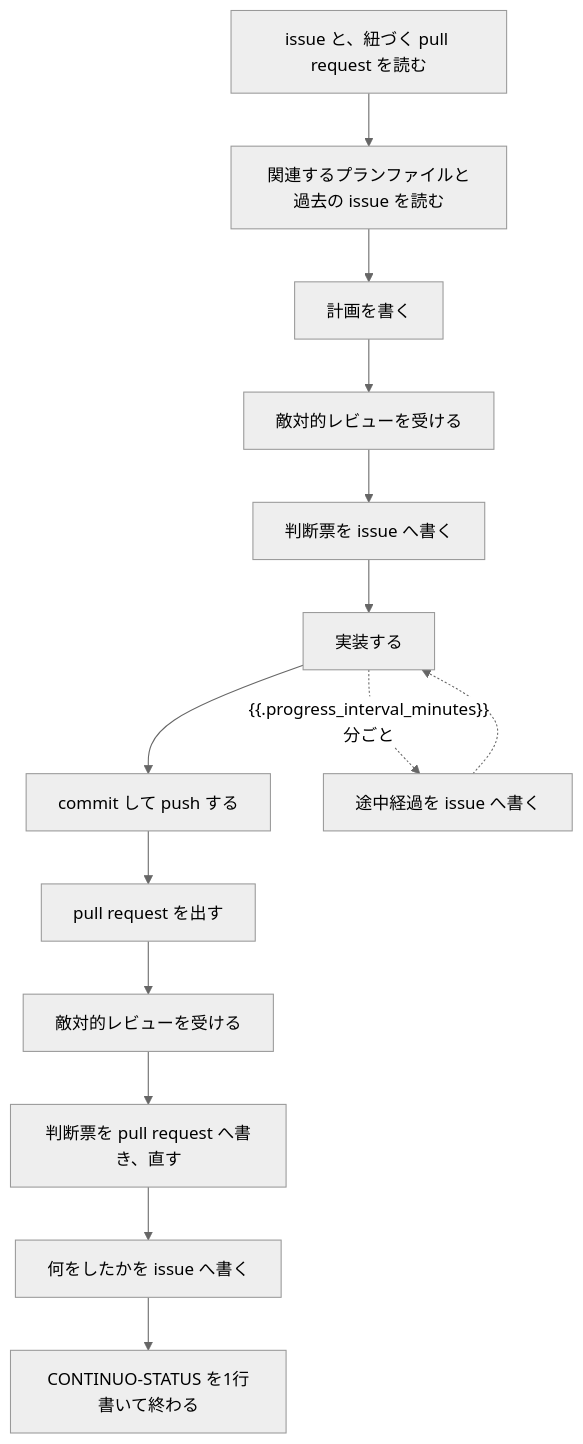
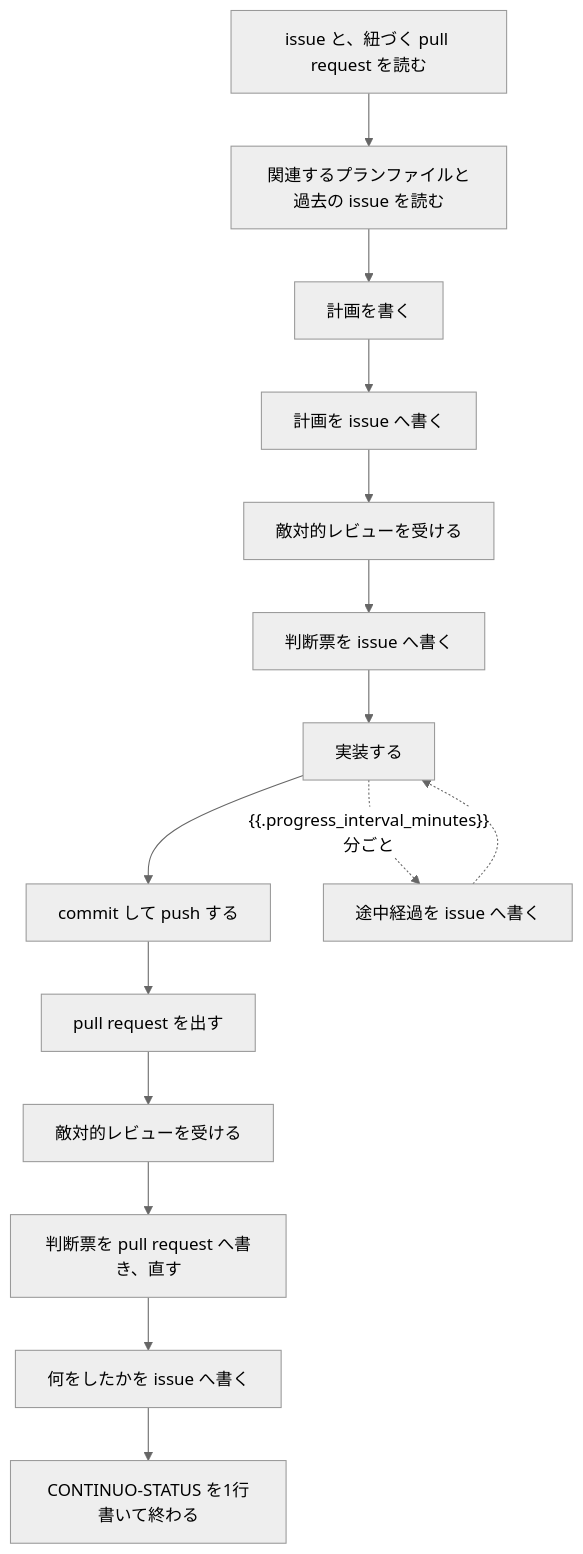
The diagram in internal/prompt/builtin.md (maimuzo/continuo), drawn with Mermaid (neutral theme) before and after one commit. The commit also changed other lines of this file and 6 other files, not shown here.

First line of the commit message:
計画を issue へ書かせる段を組み込みの指示書へ入れる 貼り先と目印の扱いを決め、写しと仕様も揃える

````diff
--- a/internal/prompt/builtin.md
+++ b/internal/prompt/builtin.md
@@ -16,16 +16,17 @@
 ```mermaid
 flowchart TD
     A["issue と、紐づく pull request を読む"] --> B["関連するプランファイルと過去の issue を読む"]
     B --> C["計画を書く"]
-    C --> D["敵対的レビューを受ける"]
+    C --> C2["計画を issue へ書く"]
+    C2 --> D["敵対的レビューを受ける"]
     D --> E["判断票を issue へ書く"]
     E --> F["実装する"]
     F --> G["commit して push する"]
     G --> H["pull request を出す"]
     H --> I["敵対的レビューを受ける"]
     I --> J["判断票を pull request へ書き、直す"]
     J --> K["何をしたかを issue へ書く"]
     K --> L["CONTINUO-STATUS を1行書いて終わる"]
     F -. "{{.progress_interval_minutes}}分ごと" .-> M["途中経過を issue へ書く"]
     M -.-> F
 ```
````
